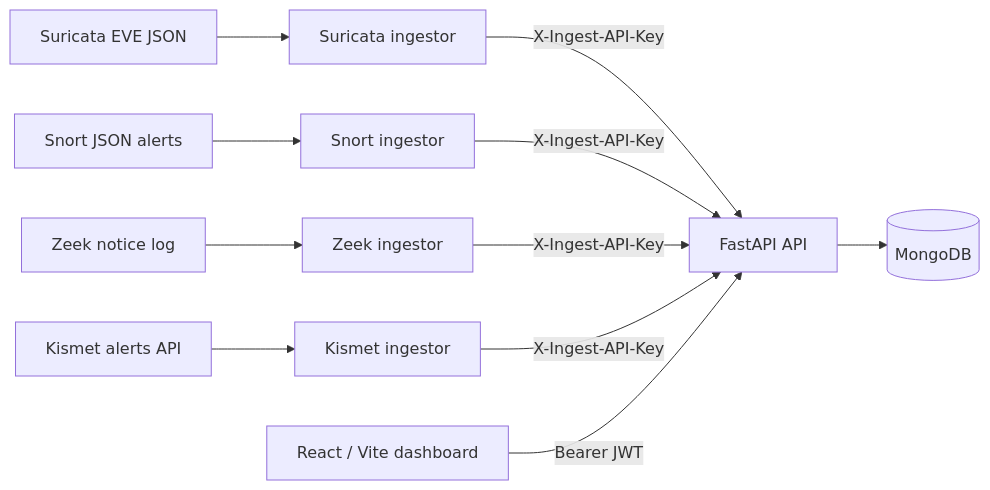
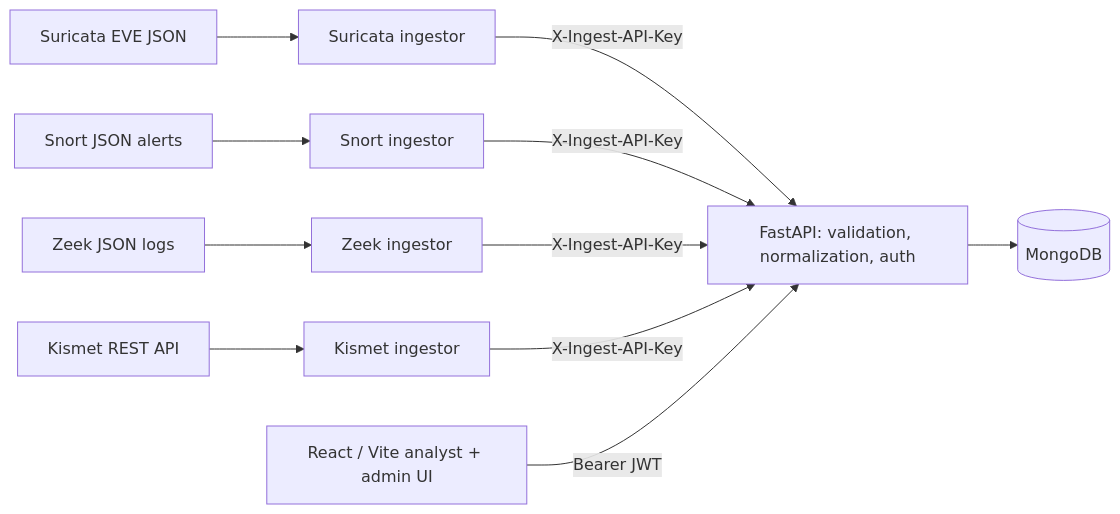
Before and after one commit to LongTongg16/intrusight: the diagram in README.md, drawn with Mermaid. The commit also changed other lines of this file and 2 other files, not shown here.

````diff
--- a/README.md
+++ b/README.md
@@ -77,10 +87,10 @@
 ```mermaid
 flowchart LR
     S[Suricata EVE JSON] --> SI[Suricata ingestor]
     N[Snort JSON alerts] --> NI[Snort ingestor]
-    Z[Zeek notice log] --> ZI[Zeek ingestor]
-    K[Kismet alerts API] --> KI[Kismet ingestor]
-    SI & NI & ZI & KI -->|X-Ingest-API-Key| API[FastAPI API]
+    Z[Zeek JSON logs] --> ZI[Zeek ingestor]
+    K[Kismet REST API] --> KI[Kismet ingestor]
+    SI & NI & ZI & KI -->|X-Ingest-API-Key| API[FastAPI: validation, normalization, auth]
     API --> DB[(MongoDB)]
-    UI[React / Vite dashboard] -->|Bearer JWT| API
+    UI[React / Vite analyst + admin UI] -->|Bearer JWT| API
 ```
````
